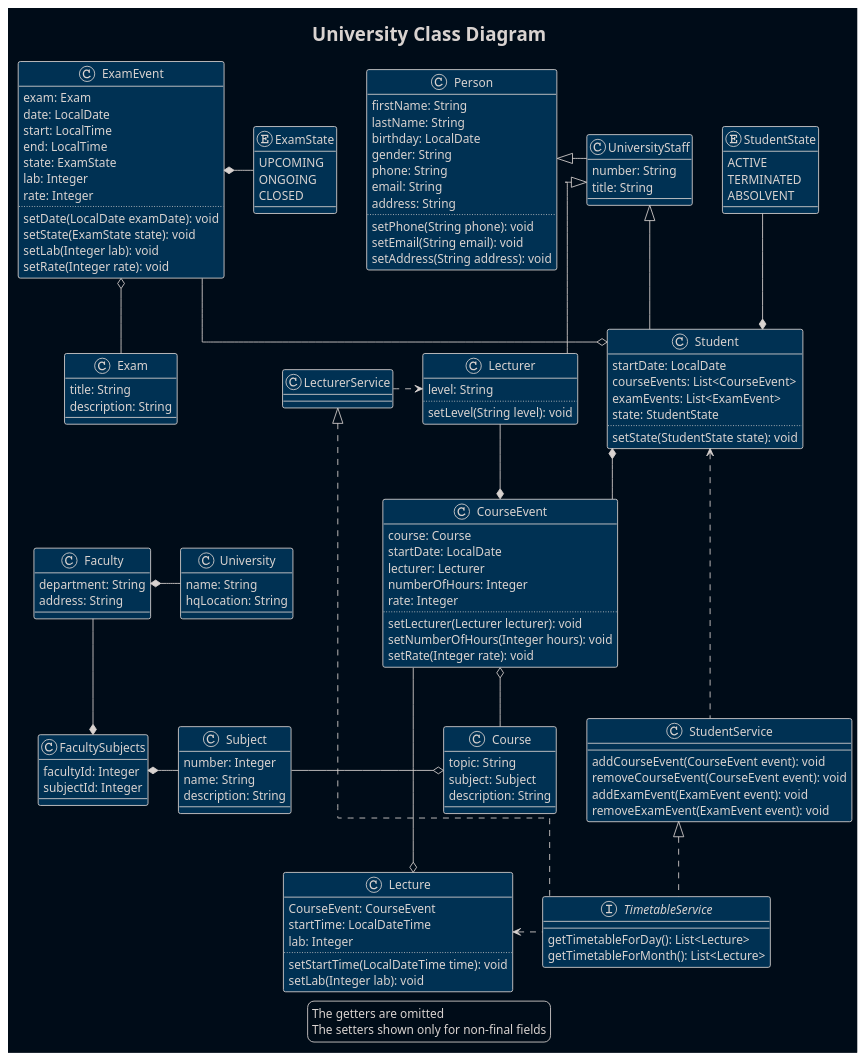
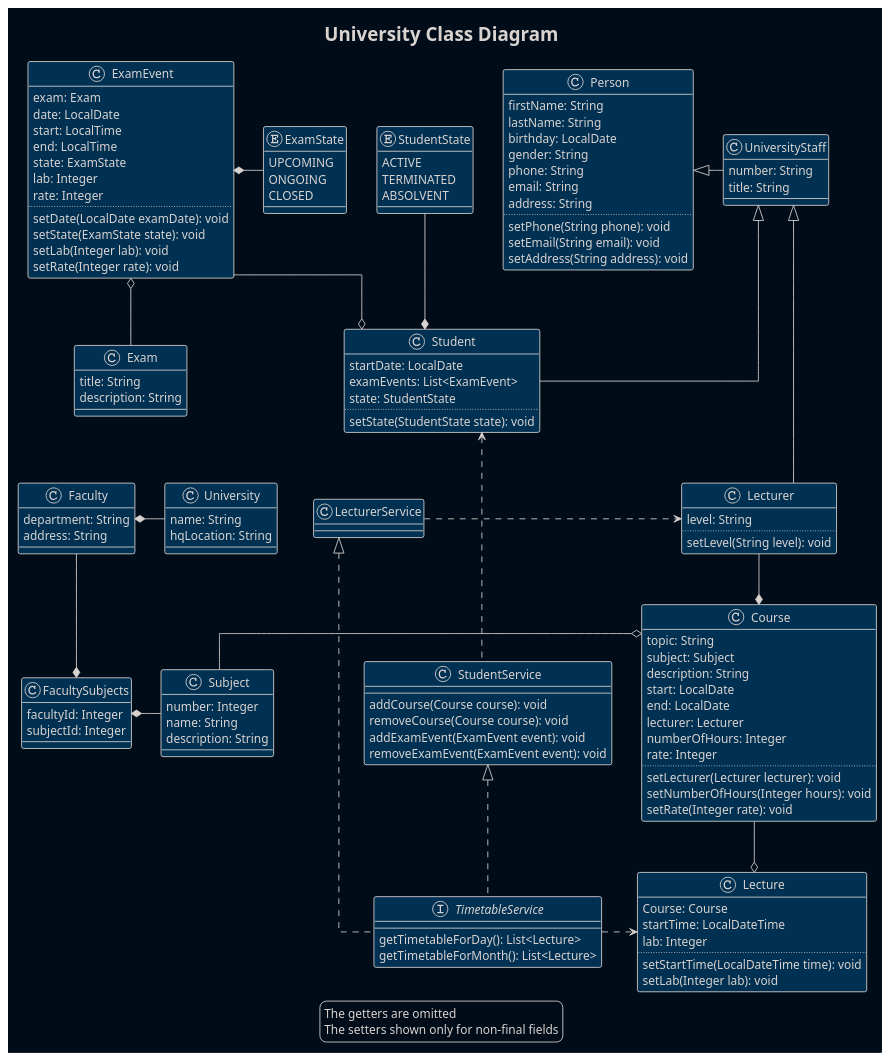
One commit to RomaEcho/University changed the diagram in src/main/resources/diagrams/University.puml. Above: the diagram before and after it, drawn with PlantUML. The commit also changed 1 other file, not shown here.

Commit message:
sql and puml: course_event table removed

```diff
--- a/src/main/resources/diagrams/University.puml
+++ b/src/main/resources/diagrams/University.puml
@@ -1,148 +1,144 @@
 @startuml
 '!theme plain
 !theme blueprint
 skinparam BackgroundColor #000c18
 'skinparam ClassBackgroundColor #000c18
 skinparam linetype ortho
 
 title University Class Diagram
 class Person {
     firstName: String
     lastName: String
     birthday: LocalDate
     gender: String
     phone: String
     email: String
     address: String
     ..
     setPhone(String phone): void
     setEmail(String email): void
     setAddress(String address): void
 }
 class Student {
     startDate: LocalDate
-    courseEvents: List<CourseEvent>
     examEvents: List<ExamEvent>
     state: StudentState
     ..
     setState(StudentState state): void
 }
 enum StudentState {
     ACTIVE
     TERMINATED
     ABSOLVENT
 }
 class UniversityStaff {
     number: String
     title: String
 }
 class Subject {
     number: Integer
     name: String
     description: String
 }
+
 class Course {
     topic: String
     subject: Subject
     description: String
-}
-class CourseEvent {
-    course: Course
-    startDate: LocalDate
+    start: LocalDate
+    end: LocalDate
     lecturer: Lecturer
     numberOfHours: Integer
     rate: Integer
     ..
     setLecturer(Lecturer lecturer): void
     setNumberOfHours(Integer hours): void
     setRate(Integer rate): void
 }
 class Lecturer {
     level: String
     ..
     setLevel(String level): void
 }
 class Exam {
     title: String
     description: String
 }
 class ExamEvent {
     exam: Exam
     date: LocalDate
     start: LocalTime
     end: LocalTime
     state: ExamState
     lab: Integer
     rate: Integer
     ..
     setDate(LocalDate examDate): void
     setState(ExamState state): void
     setLab(Integer lab): void
     setRate(Integer rate): void
 }
 enum ExamState {
     UPCOMING
     ONGOING
     CLOSED
 }
 class Faculty {
     department: String
     address: String
 }
 class University {
     name: String
     hqLocation: String
 }
 class Lecture {
-    CourseEvent: CourseEvent
+    Course: Course
     startTime: LocalDateTime
     lab: Integer
     ..
     setStartTime(LocalDateTime time): void
     setLab(Integer lab): void
 }
 
 class FacultySubjects {
     facultyId: Integer
     subjectId: Integer
 }
 interface TimetableService {
     getTimetableForDay(): List<Lecture>
     getTimetableForMonth(): List<Lecture>
 }
 class StudentService {
-    addCourseEvent(CourseEvent event): void
-    removeCourseEvent(CourseEvent event): void
+    addCourse(Course course): void
+    removeCourse(Course course): void
     addExamEvent(ExamEvent event): void
     removeExamEvent(ExamEvent event): void
 }
 class LecturerService
 
 Person <|-right- UniversityStaff
 UniversityStaff <|-- Student
 UniversityStaff <|-- Lecturer
 Student *-up- StudentState
-Student *-- CourseEvent
-CourseEvent *-up- Lecturer
+Course *-up- Lecturer
 Student o-up- ExamEvent
 ExamEvent o-- Exam
 ExamEvent *-right- ExamState
-CourseEvent o-- Course
 Course o-left- Subject
 Faculty --* FacultySubjects
 Subject -left* FacultySubjects
 University -left* Faculty
 Student <... StudentService
 StudentService <|.. TimetableService
 LecturerService <|.. TimetableService
 LecturerService .> Lecturer
-TimetableService .left.> Lecture
-CourseEvent --o Lecture
+TimetableService .right.> Lecture
+Course --o Lecture
 
 
 legend
     The getters are omitted
     The setters shown only for non-final fields
 endlegend
 
 @enduml
```
